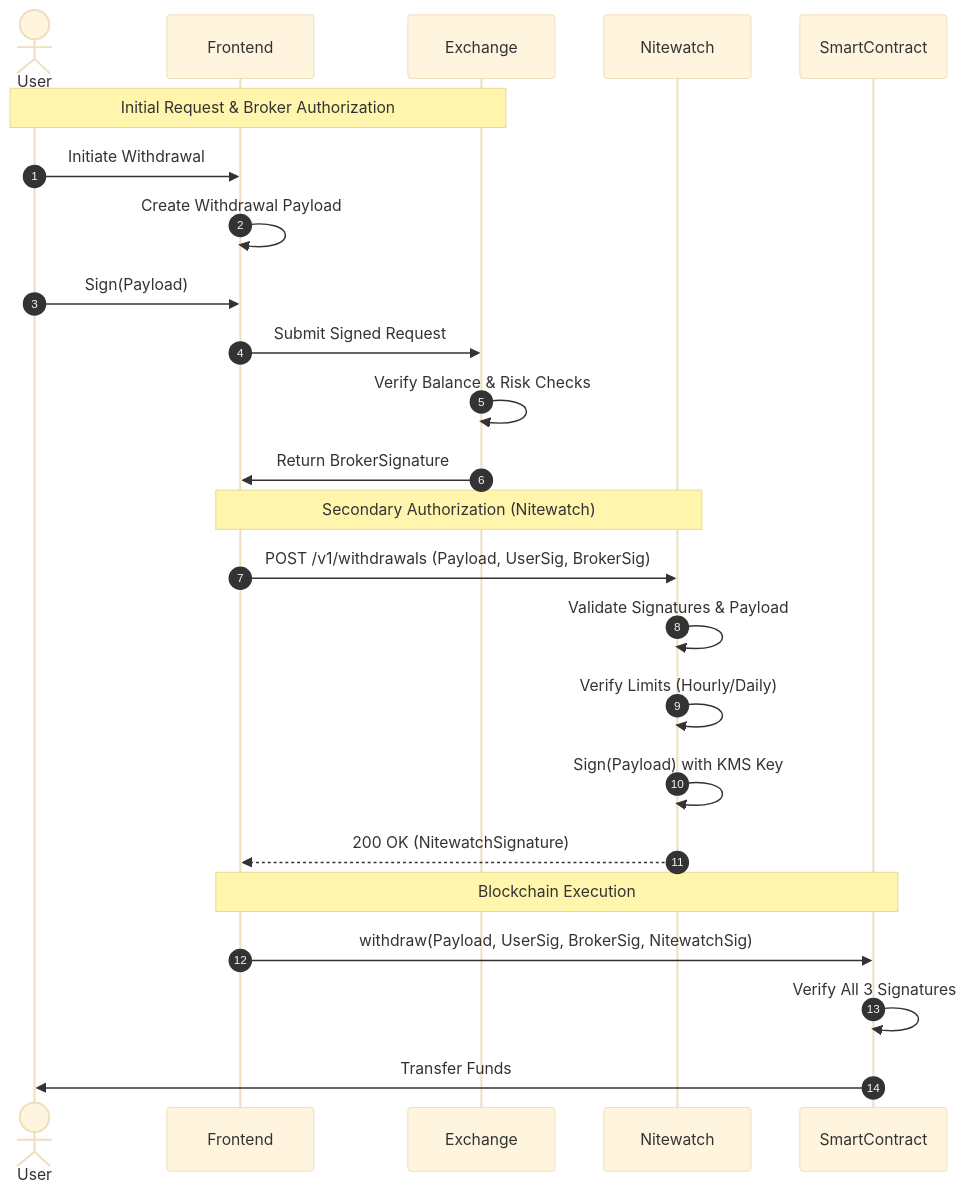
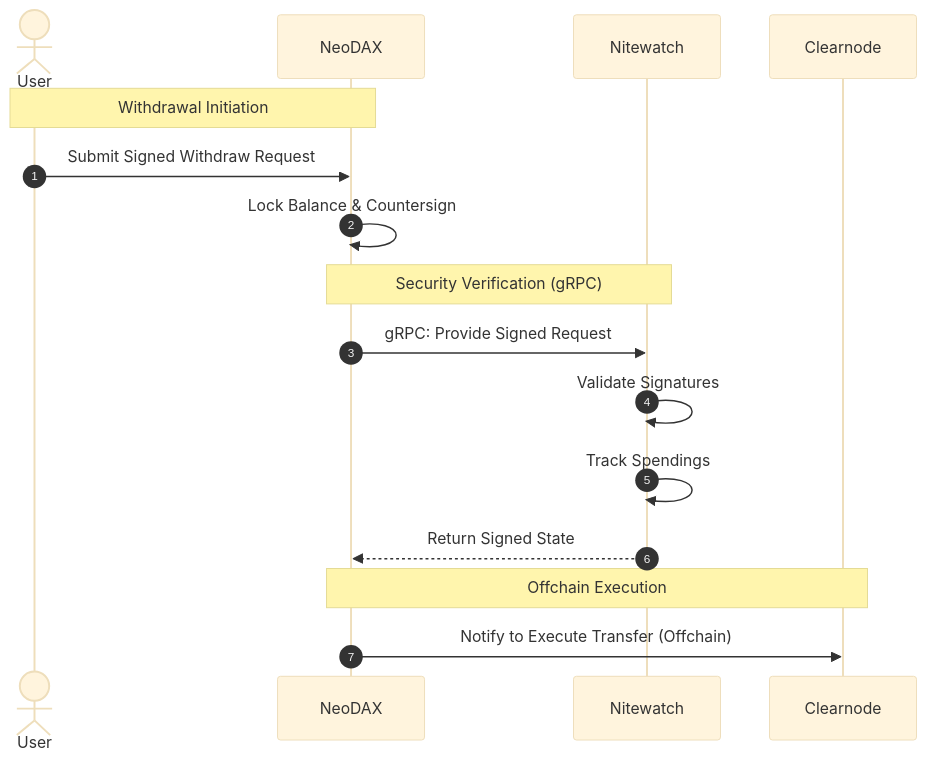
Before and after one commit to layer-3/nitewatch: the diagram in README.md, drawn with Mermaid (base theme). The commit also changed other lines of this file, not shown here.

Commit message:
Update suggested flow

````diff
--- a/README.md
+++ b/README.md
@@ -31,29 +31,21 @@
 ```mermaid
 sequenceDiagram
     autonumber
     actor User
-    participant Frontend
-    participant Exchange
+    participant NeoDAX
     participant Nitewatch
-    participant SmartContract
+    participant Clearnode
 
-    Note over User, Exchange: Initial Request & Broker Authorization
-    User->>Frontend: Initiate Withdrawal
-    Frontend->>Frontend: Create Withdrawal Payload
-    User->>Frontend: Sign(Payload)
-    Frontend->>Exchange: Submit Signed Request
-    Exchange->>Exchange: Verify Balance & Risk Checks
-    Exchange->>Frontend: Return BrokerSignature
+    Note over User, NeoDAX: Withdrawal Initiation
+    User->>NeoDAX: Submit Signed Withdraw Request
+    NeoDAX->>NeoDAX: Lock Balance & Countersign
 
-    Note over Frontend, Nitewatch: Secondary Authorization (Nitewatch)
-    Frontend->>Nitewatch: POST /v1/withdrawals (Payload, UserSig, BrokerSig)
-    Nitewatch->>Nitewatch: Validate Signatures & Payload
-    Nitewatch->>Nitewatch: Verify Limits (Hourly/Daily)
-    Nitewatch->>Nitewatch: Sign(Payload) with KMS Key
-    Nitewatch-->>Frontend: 200 OK (NitewatchSignature)
+    Note over NeoDAX, Nitewatch: Security Verification (gRPC)
+    NeoDAX->>Nitewatch: gRPC: Provide Signed Request
+    Nitewatch->>Nitewatch: Validate Signatures
+    Nitewatch->>Nitewatch: Track Spendings
+    Nitewatch-->>NeoDAX: Return Signed State
 
-    Note over Frontend, SmartContract: Blockchain Execution
-    Frontend->>SmartContract: withdraw(Payload, UserSig, BrokerSig, NitewatchSig)
-    SmartContract->>SmartContract: Verify All 3 Signatures
-    SmartContract->>User: Transfer Funds
+    Note over NeoDAX, Clearnode: Offchain Execution
+    NeoDAX->>Clearnode: Notify to Execute Transfer (Offchain)
 ```
````
